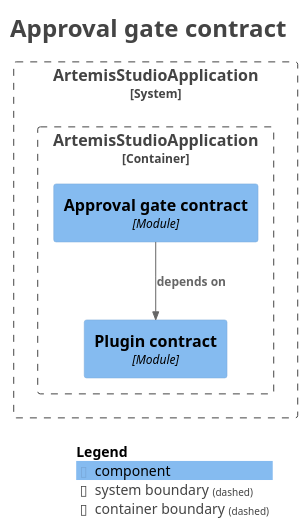
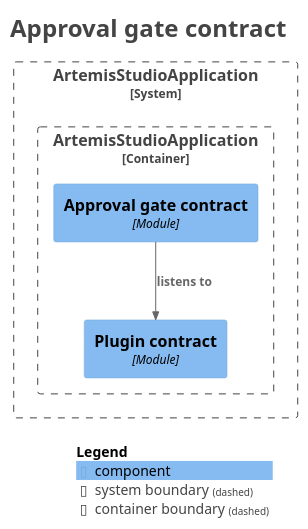
One commit to sudoitir/artemis-studio changed the diagram in docs/modules/module-kernel.gate.puml. Above: the diagram before and after it, drawn with PlantUML. The commit also changed 5 other files, not shown here.

Commit message:
docs(modules): regenerate module diagrams for the merged gate, inbox and security modules

```diff
--- a/docs/modules/module-kernel.gate.puml
+++ b/docs/modules/module-kernel.gate.puml
@@ -1,30 +1,30 @@
 @startuml
 title <size:24>Approval gate contract</size>
 
 set separator none
 top to bottom direction
 
 <style>
   root {
     BackgroundColor: #ffffff
     FontColor: #444444
   }
 </style>
 
 !include <C4/C4>
 !include <C4/C4_Context>
 !include <C4/C4_Component>
 
 System_Boundary("ArtemisStudioApplication_boundary", "ArtemisStudioApplication", $tags="") {
   Container_Boundary("ArtemisStudioApplication.ArtemisStudioApplication_boundary", "ArtemisStudioApplication", $tags="") {
     Component(ArtemisStudioApplication.ArtemisStudioApplication.Approvalgatecontract, "Approval gate contract", $techn="Module", $descr="", $tags="", $link="")
     Component(ArtemisStudioApplication.ArtemisStudioApplication.Plugincontract, "Plugin contract", $techn="Module", $descr="", $tags="", $link="")
   }
 
 }
 
-Rel(ArtemisStudioApplication.ArtemisStudioApplication.Approvalgatecontract, ArtemisStudioApplication.ArtemisStudioApplication.Plugincontract, "depends on", $techn="", $tags="", $link="")
+Rel(ArtemisStudioApplication.ArtemisStudioApplication.Approvalgatecontract, ArtemisStudioApplication.ArtemisStudioApplication.Plugincontract, "listens to", $techn="", $tags="", $link="")
 
 SHOW_LEGEND(true)
 hide stereotypes
 @enduml
```
